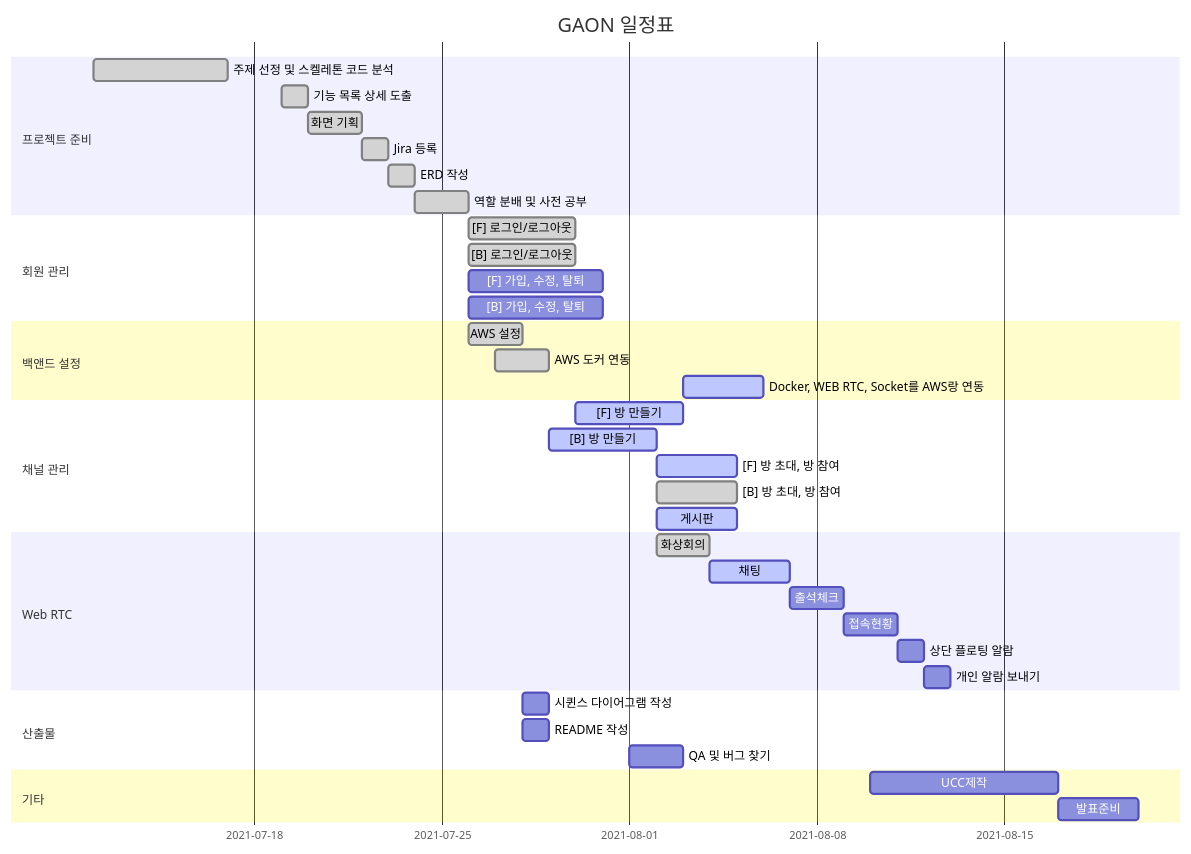
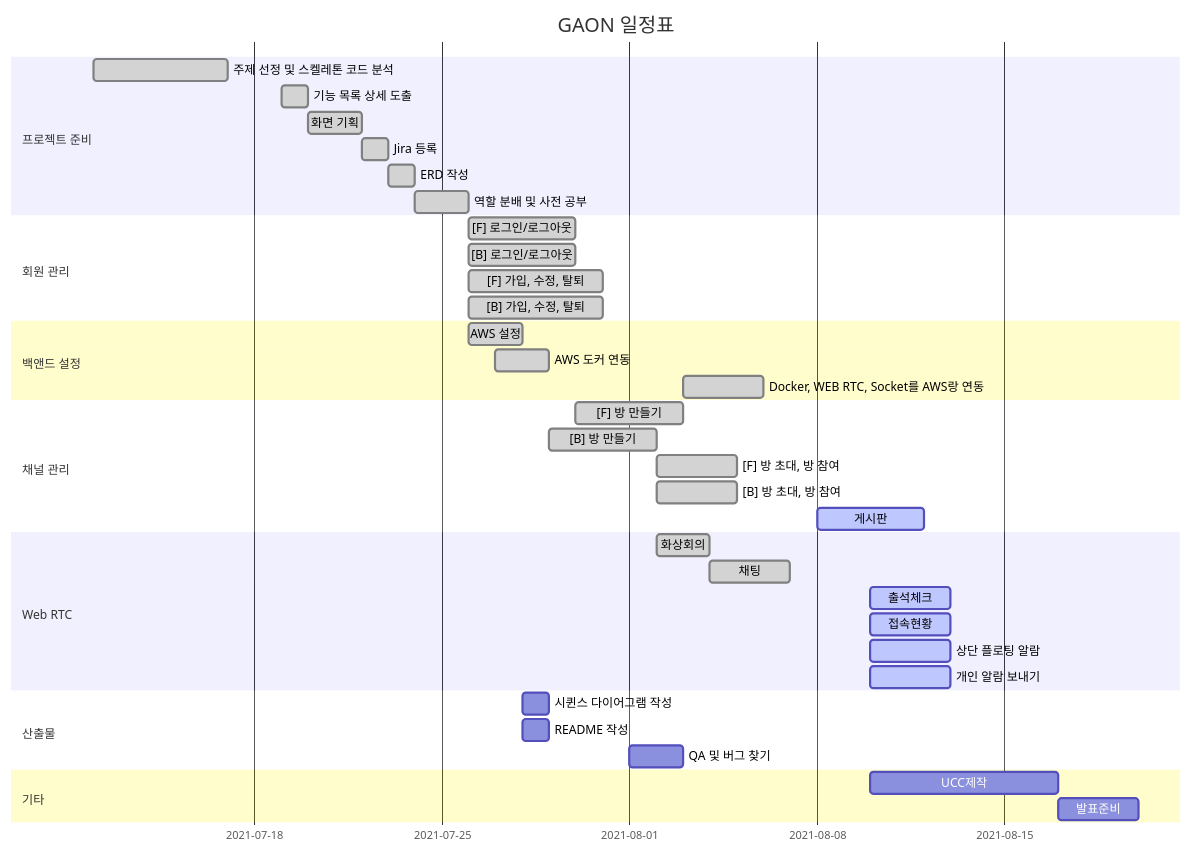
One commit to WangHoJin/GAON changed the diagram in README.md. Above: the diagram before and after it, drawn with Mermaid.

````diff
--- a/README.md
+++ b/README.md
@@ -5,52 +5,52 @@
 ```mermaid
 gantt
     dateFormat  MM-DD
     title       GAON 일정표
     %% excludes    weekends
     %% (`excludes` accepts specific dates in YYYY-MM-DD format, days of the week ("sunday") or "weekends", but not the word "weekdays".)
 
     section 프로젝트 준비
     주제 선정 및 스켈레톤 코드 분석	:done, 07-12, 5d
     기능 목록 상세 도출		   :done, 07-19, 1d
     화면 기획				  :done,07-20, 2d
    	Jira 등록		: done, 07-22, 1d
     ERD 작성		: done, 07-23, 1d
     역할 분배 및 사전 공부		: done, 07-24, 2d
    
     
 	  section 회원 관리
     [F] 로그인/로그아웃		: done, 07-26, 4d
     [B] 로그인/로그아웃		: done, 07-26, 4d
-    [F] 가입, 수정, 탈퇴		 : 07-26, 5d
-    [B] 가입, 수정, 탈퇴		 : 07-26, 5d
+    [F] 가입, 수정, 탈퇴		 : done, 07-26, 5d
+    [B] 가입, 수정, 탈퇴		 : done, 07-26, 5d
      
    section 백앤드 설정
     AWS 설정		:done, 07-26, 2d
     AWS 도커 연동 : done, 07-27, 2d
-    Docker, WEB RTC, Socket를 AWS랑 연동		 : active, 08-03, 3d
+    Docker, WEB RTC, Socket를 AWS랑 연동		 : done, 08-03, 3d
 
     section 채널 관리
-    [F] 방 만들기 	: active, ch1, 07-30, 4d
-    [B] 방 만들기 	: active, ch1, 07-29, 4d
-    [F] 방 초대, 방 참여   :  active, ch2, after ch1, 3d
+    [F] 방 만들기 	: done, ch1, 07-30, 4d
+    [B] 방 만들기 	: done, ch1, 07-29, 4d
+    [F] 방 초대, 방 참여   :  done, ch2, after ch1, 3d
     [B] 방 초대, 방 참여   :  done, ch2, after ch1, 3d
    
-    게시판 : active, 08-02, 3d
+    게시판 : active, 08-08, 4d
     
     section Web RTC
     화상회의 : done, rtc1, 08-02, 2d
-    채팅      :active, rtc2, after rtc1, 3d
-    출석체크   : rtc3, after rtc2, 2d
-    접속현황  : rtc4, after rtc3, 2d
-    상단 플로팅 알람 : rtc5, after rtc4, 1d
-    개인 알람 보내기 : after rtc5, 1d
+    채팅      :done, rtc2, after rtc1, 3d
+    출석체크   : active, 08-10, 3d
+    접속현황  : active, 08-10, 3d
+    상단 플로팅 알람 : active, 08-10, 3d
+    개인 알람 보내기 : active, 08-10, 3d
     
     section 산출물
     시퀸스 다이어그램 작성   :07-28, 1d
     README 작성  			:07-28, 1d
     QA 및 버그 찾기  	  :08-01, 2d
     
     section 기타
     UCC제작 :08-10, 7d
     발표준비 :08-17, 3d
 ```
````
